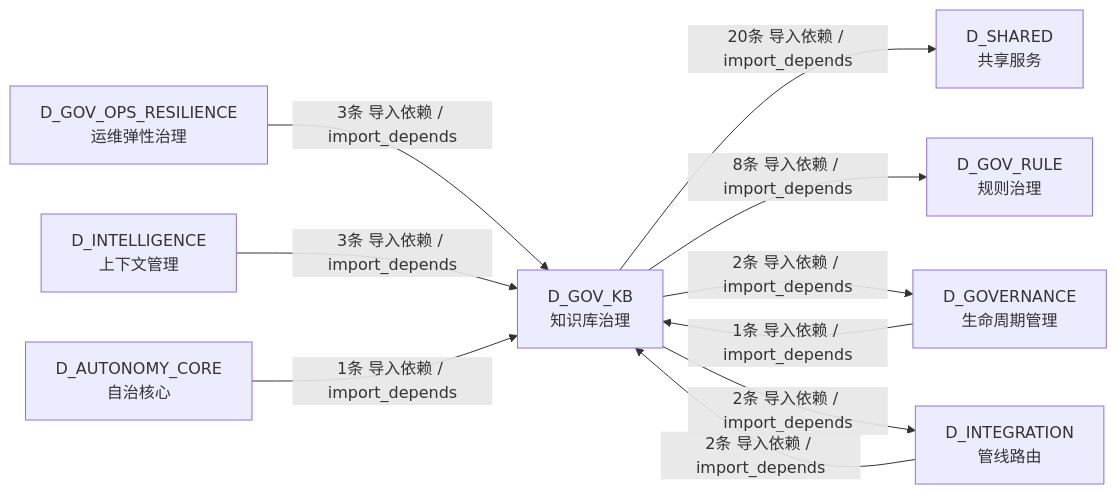
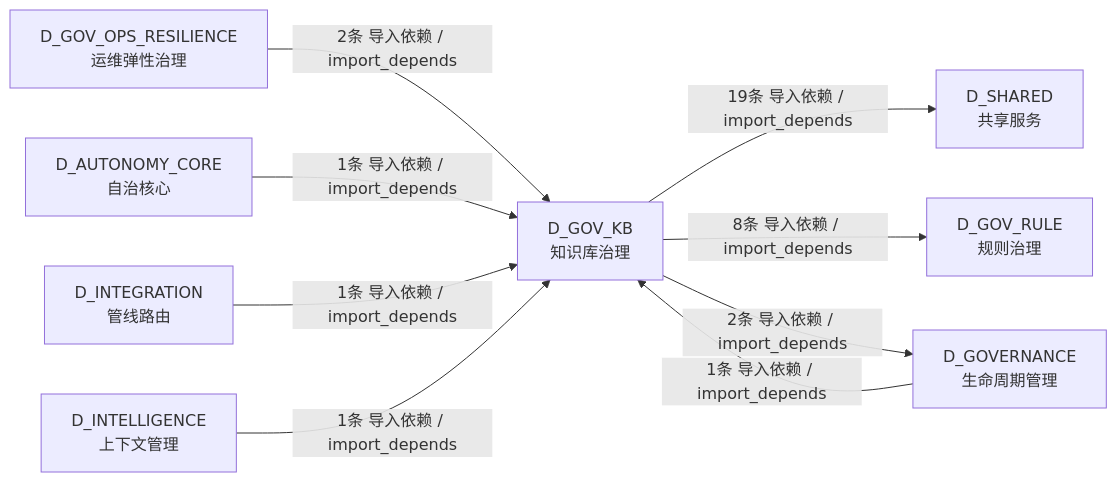
Before and after one commit to xuanFelixVan/ZephyrAlpha: the fourth of 4 diagrams in docs/02_enterprise_architecture/02_domain_architecture_docs/43_d_gov_kb.md, drawn with Mermaid. The commit also changed other lines of this file and 102 other files, not shown here.

````diff
--- a/docs/02_enterprise_architecture/02_domain_architecture_docs/43_d_gov_kb.md
+++ b/docs/02_enterprise_architecture/02_domain_architecture_docs/43_d_gov_kb.md
@@ -379,20 +320,19 @@
 ```mermaid
 graph LR
     D_GOV_KB["D_GOV_KB<br/>知识库治理"]
     D_SHARED["D_SHARED<br/>共享服务"]
     D_GOV_RULE["D_GOV_RULE<br/>规则治理"]
     D_GOVERNANCE["D_GOVERNANCE<br/>生命周期管理"]
+    D_GOV_OPS_RESILIENCE["D_GOV_OPS_RESILIENCE<br/>运维弹性治理"]
+    D_AUTONOMY_CORE["D_AUTONOMY_CORE<br/>自治核心"]
     D_INTEGRATION["D_INTEGRATION<br/>管线路由"]
-    D_GOV_OPS_RESILIENCE["D_GOV_OPS_RESILIENCE<br/>运维弹性治理"]
     D_INTELLIGENCE["D_INTELLIGENCE<br/>上下文管理"]
-    D_AUTONOMY_CORE["D_AUTONOMY_CORE<br/>自治核心"]
-    D_GOV_KB -->|20条 导入依赖 / import_depends| D_SHARED
+    D_GOV_KB -->|19条 导入依赖 / import_depends| D_SHARED
     D_GOV_KB -->|8条 导入依赖 / import_depends| D_GOV_RULE
     D_GOV_KB -->|2条 导入依赖 / import_depends| D_GOVERNANCE
-    D_GOV_KB -->|2条 导入依赖 / import_depends| D_INTEGRATION
-    D_GOV_OPS_RESILIENCE -->|3条 导入依赖 / import_depends| D_GOV_KB
-    D_INTELLIGENCE -->|3条 导入依赖 / import_depends| D_GOV_KB
-    D_INTEGRATION -->|2条 导入依赖 / import_depends| D_GOV_KB
+    D_GOV_OPS_RESILIENCE -->|2条 导入依赖 / import_depends| D_GOV_KB
     D_AUTONOMY_CORE -->|1条 导入依赖 / import_depends| D_GOV_KB
     D_GOVERNANCE -->|1条 导入依赖 / import_depends| D_GOV_KB
+    D_INTEGRATION -->|1条 导入依赖 / import_depends| D_GOV_KB
+    D_INTELLIGENCE -->|1条 导入依赖 / import_depends| D_GOV_KB
 ```
````
